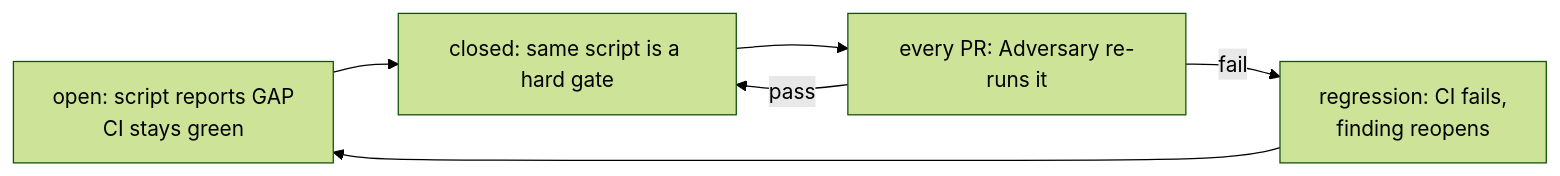
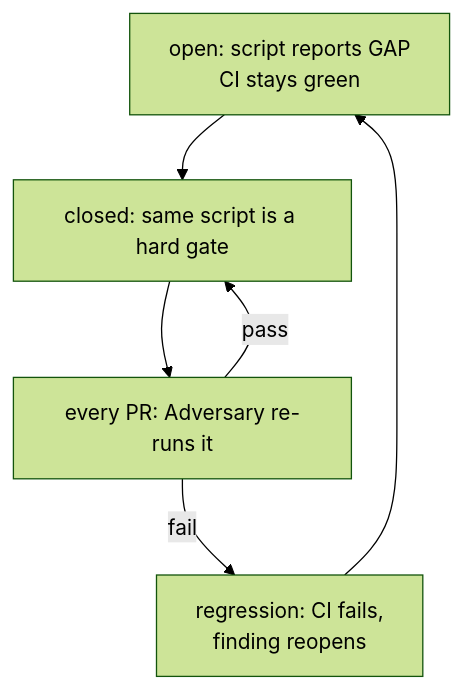
The first of 2 diagrams in README.md (RafaelBraga-Kribitz/governance-bootstrap), drawn with Mermaid (forest theme) before and after one commit.

Commit message:
README: render the architecture diagram top-down so it fits GitHub's column
GitHub renders a Mermaid block in a fixed-width box inside the README column: 783px at
a 1240px viewport, 838px at its widest, 309px on a phone. A wider graph is not clipped,
it is shrunk, and the node labels shrink with it.

Measured with Mermaid 11 at 783px: this diagram is 1175px in LR (scale 0.67) and 347px in
TD (full size). Direction is the only change — no node, edge, label or link is touched.

TD is not universally narrower: it runs the flow vertically but lays sibling subgraphs
out side by side, so a graph with several parallel subgraphs can be wider in TD than in
LR. This one was measured both ways.

````diff
--- a/README.md
+++ b/README.md
@@ -12,10 +12,10 @@
 ```mermaid
-flowchart LR
+flowchart TD
     open["open: script reports GAP<br/>CI stays green"]
     closed["closed: same script is a hard gate"]
     adversary["every PR: Adversary re-runs it"]
     reopen["regression: CI fails,<br/>finding reopens"]
     open --> closed --> adversary
     adversary -->|pass| closed
     adversary -->|fail| reopen --> open
 ```
````
